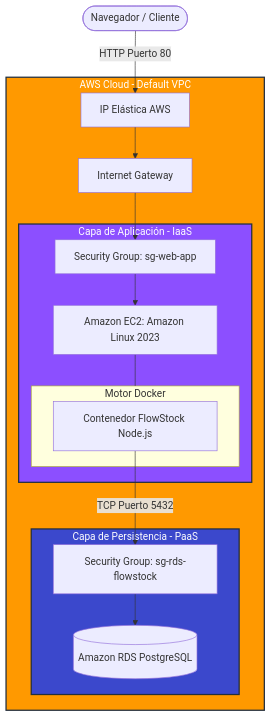
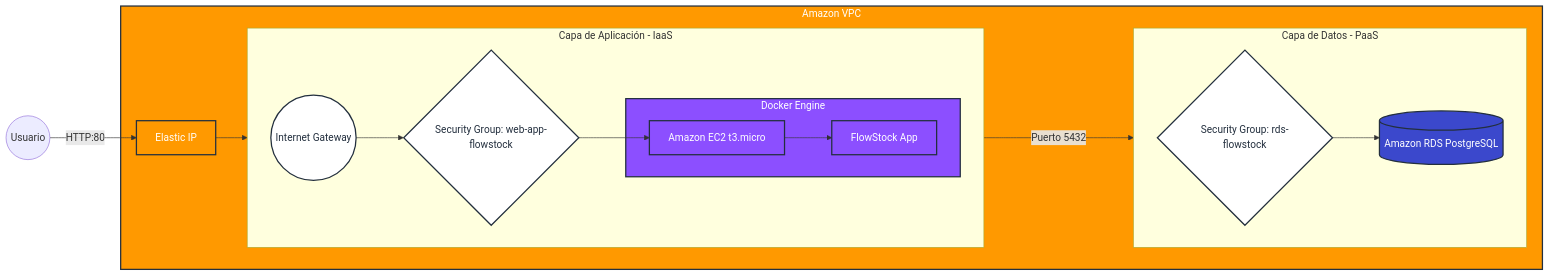
One commit to bastiovalleipvg/FlowStock changed the diagram in README.md. Above: the diagram before and after it, drawn with Mermaid. The commit also changed other lines of this file, not shown here.

````diff
--- a/README.md
+++ b/README.md
@@ -19,31 +40,34 @@
 ```mermaid
-graph TD
-    Client([Navegador / Cliente]) -->|HTTP Puerto 80| EIP[IP Elástica AWS]
+graph LR
+    classDef aws fill:#FF9900,stroke:#232F3E,stroke-width:2px,color:white;
+    classDef compute fill:#8C4FFF,stroke:#232F3E,stroke-width:2px,color:white;
+    classDef storage fill:#3B48CC,stroke:#232F3E,stroke-width:2px,color:white;
+    classDef network fill:#ffffff,stroke:#232F3E,stroke-width:2px,color:#232F3E;
 
-    subgraph VPC [AWS Cloud - Default VPC]
-        EIP --> IGW[Internet Gateway]
-        IGW --> SG_Web[Security Group: sg-web-app]
+    User((Usuario)) -->|HTTP:80| EIP[Elastic IP]
 
-        subgraph Capa_Computo [Capa de Aplicación - IaaS]
-            SG_Web --> EC2[Amazon EC2: Amazon Linux 2023]
-            subgraph Docker_Host [Motor Docker]
-                App[Contenedor FlowStock Node.js]
+    subgraph VPC [Amazon VPC]
+        EIP --> IGW((Internet Gateway))
+
+        subgraph Tier_App [Capa de Aplicación - IaaS]
+            direction LR
+            IGW --> SG_Web{Security Group: web-app-flowstock}
+            SG_Web --> EC2[Amazon EC2 t3.micro]
+
+            subgraph Docker [Docker Engine]
+                EC2 --> App[FlowStock App]
             end
-            EC2 --- Docker_Host
         end
 
-        App -->|TCP Puerto 5432| SG_RDS[Security Group: sg-rds-flowstock]
-
-        subgraph Capa_Datos [Capa de Persistencia - PaaS]
+        subgraph Tier_Data [Capa de Datos - PaaS]
+            direction LR
+            App ---->|Puerto 5432| SG_RDS{Security Group: rds-flowstock}
             SG_RDS --> RDS[(Amazon RDS PostgreSQL)]
         end
     end
 
-    classDef aws fill:#FF9900,stroke:#232F3E,stroke-width:2px,color:white;
-    classDef ec2 fill:#8C4FFF,stroke:#232F3E,stroke-width:2px,color:white;
-    classDef rds fill:#3B48CC,stroke:#232F3E,stroke-width:2px,color:white;
-
-    class VPC aws;
-    class Capa_Computo ec2;
-    class Capa_Datos rds;
+    class VPC,EIP aws;
+    class EC2,App,Docker compute;
+    class RDS storage;
+    class SG_Web,SG_RDS,IGW network;
 ```
````
